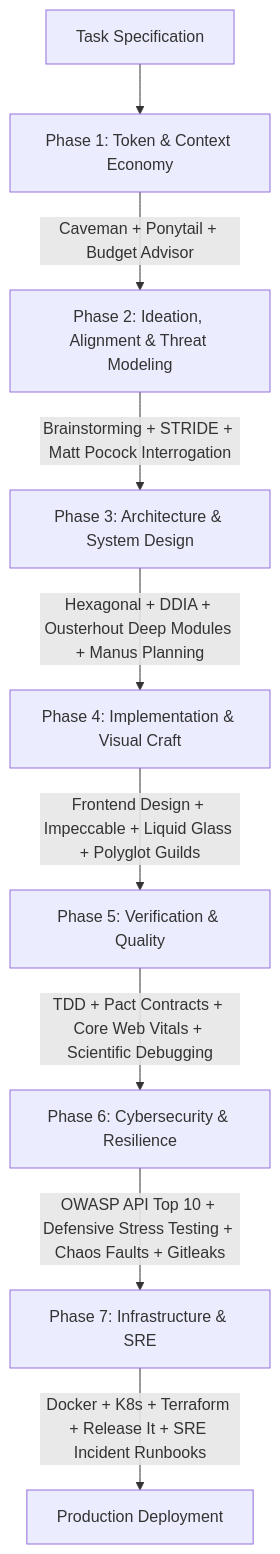
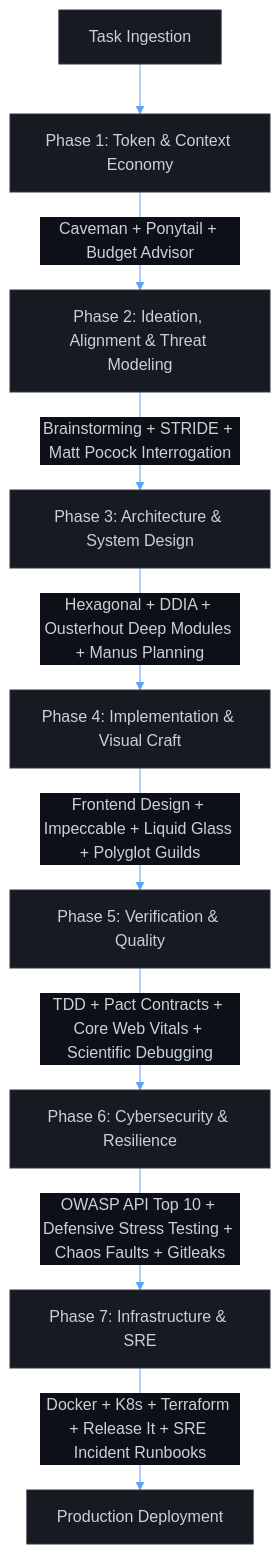
One commit to Serion89/all-in-one-skills-for-ai changed the diagram in README.md. Above: the diagram before and after it, drawn with Mermaid. The commit also changed other lines of this file and 3 other files, not shown here.

````diff
--- a/README.md
+++ b/README.md
@@ -20,11 +53,12 @@
 ```mermaid
+%%{init: {'theme': 'base', 'themeVariables': { 'primaryColor': '#161b22', 'primaryTextColor': '#c9d1d9', 'primaryBorderColor': '#30363d', 'lineColor': '#58a6ff', 'secondaryColor': '#0d1117', 'tertiaryColor': '#1f242c' }}}%%
 graph TD
-    A[Task Specification] --> B[Phase 1: Token & Context Economy]
+    A[Task Ingestion] --> B[Phase 1: Token & Context Economy]
     B -->|Caveman + Ponytail + Budget Advisor| C[Phase 2: Ideation, Alignment & Threat Modeling]
     C -->|Brainstorming + STRIDE + Matt Pocock Interrogation| D[Phase 3: Architecture & System Design]
     D -->|Hexagonal + DDIA + Ousterhout Deep Modules + Manus Planning| E[Phase 4: Implementation & Visual Craft]
     E -->|Frontend Design + Impeccable + Liquid Glass + Polyglot Guilds| F[Phase 5: Verification & Quality]
     F -->|TDD + Pact Contracts + Core Web Vitals + Scientific Debugging| G[Phase 6: Cybersecurity & Resilience]
     G -->|OWASP API Top 10 + Defensive Stress Testing + Chaos Faults + Gitleaks| H[Phase 7: Infrastructure & SRE]
     H -->|Docker + K8s + Terraform + Release It + SRE Incident Runbooks| I[Production Deployment]
 ```
````
